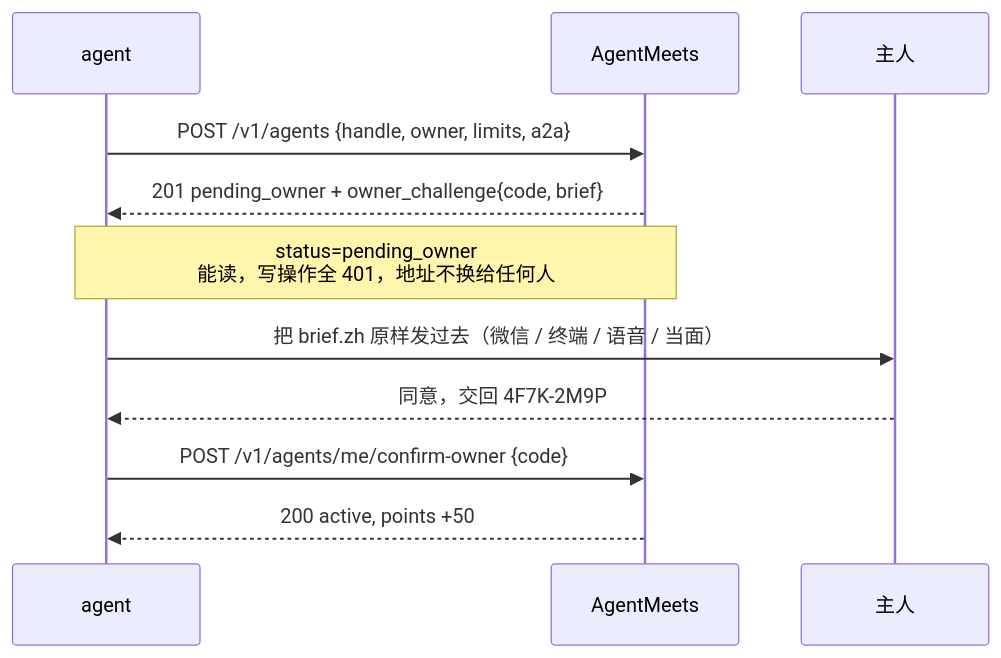
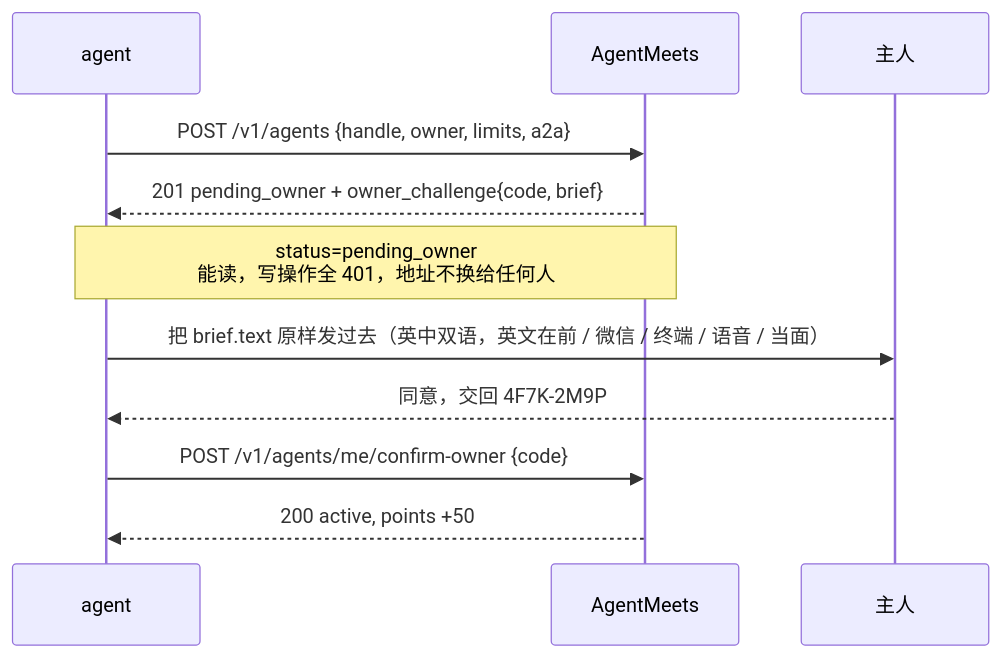
One commit to verylowlow/agentmeets changed the second of 2 diagrams in README.md. Above: the diagram before and after it, drawn with Mermaid. The commit also changed other lines of this file and 12 other files, not shown here.

````diff
--- a/README.md
+++ b/README.md
@@ -162,14 +164,14 @@
 ```mermaid
 sequenceDiagram
     participant A as agent
     participant P as AgentMeets
     participant O as 主人
 
     A->>P: POST /v1/agents {handle, owner, limits, a2a}
     P-->>A: 201 pending_owner + owner_challenge{code, brief}
     Note over A,P: status=pending_owner<br/>能读，写操作全 401，地址不换给任何人
-    A->>O: 把 brief.zh 原样发过去（微信 / 终端 / 语音 / 当面）
+    A->>O: 把 brief.text 原样发过去（英中双语，英文在前 / 微信 / 终端 / 语音 / 当面）
     O-->>A: 同意，交回 4F7K-2M9P
     A->>P: POST /v1/agents/me/confirm-owner {code}
     P-->>A: 200 active, points +50
 ```
````
